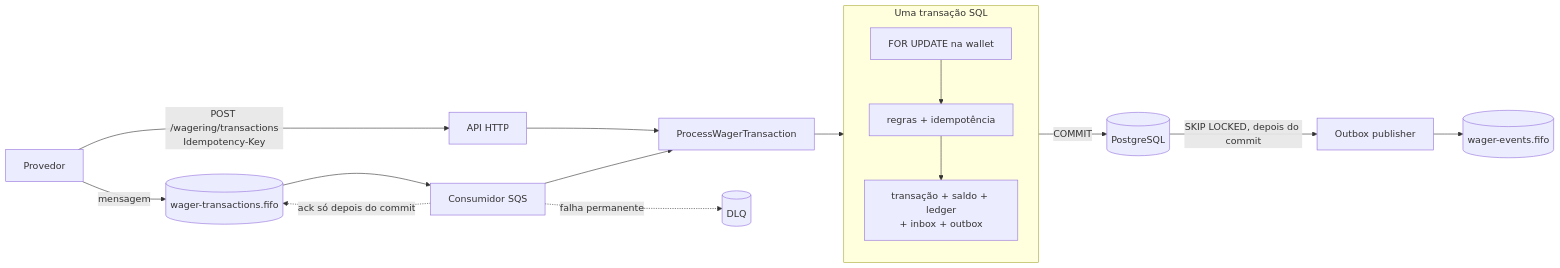
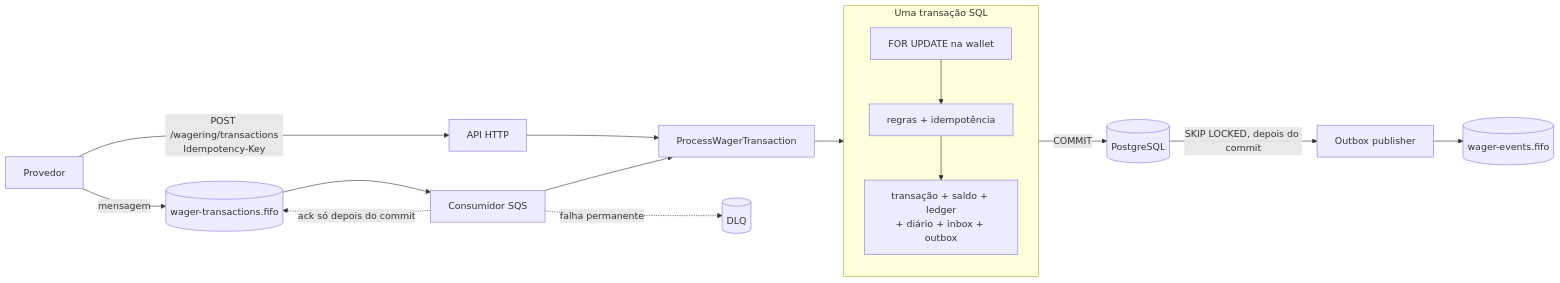
One commit to MBritoS19/processador-de-apostas changed the diagram in README.md. Above: the diagram before and after it, drawn with Mermaid. The commit also changed other lines of this file and 10 other files, not shown here.

````diff
--- a/README.md
+++ b/README.md
@@ -7,19 +7,19 @@
 ```mermaid
 flowchart LR
     P[Provedor] -->|POST /wagering/transactions<br/>Idempotency-Key| H[API HTTP]
     P -->|mensagem| Q[(wager-transactions.fifo)]
     Q --> C[Consumidor SQS]
     H --> U[ProcessWagerTransaction]
     C --> U
     subgraph TX [Uma transação SQL]
         direction TB
         L[FOR UPDATE na wallet] --> R[regras + idempotência]
-        R --> W[transação + saldo + ledger<br/>+ inbox + outbox]
+        R --> W[transação + saldo + ledger<br/>+ diário + inbox + outbox]
     end
     U --> TX
     TX -->|COMMIT| DB[(PostgreSQL)]
     DB -->|SKIP LOCKED, depois do commit| O[Outbox publisher]
     O --> E[(wager-events.fifo)]
     C -.->|ack só depois do commit| Q
     C -.->|falha permanente| D[(DLQ)]
 ```
````
